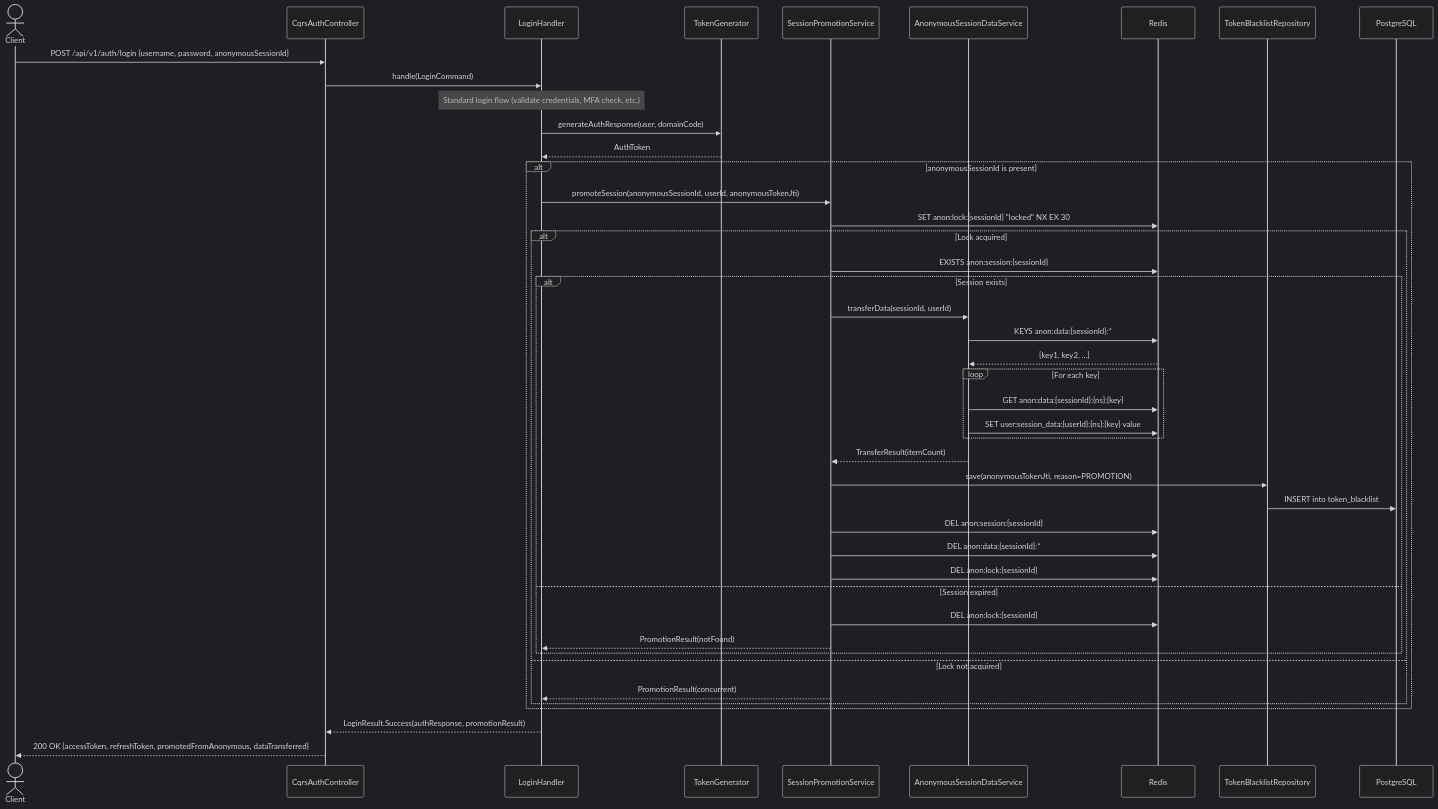
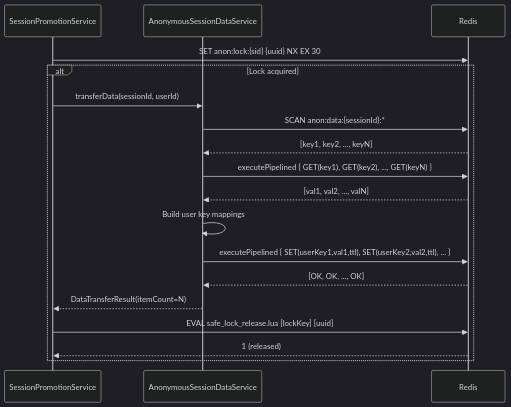
One commit to nguyentthai96/auth-service changed the sixth of 6 diagrams in openspec/research/anonymous-login-optimization/technical_spec.md. Above: the diagram before and after it, drawn with Mermaid (dark theme). The commit also changed other lines of this file and 320 other files, not shown here.

Commit message:
feat(auth-service): update cache and session features

````diff
--- a/openspec/research/anonymous-login-optimization/technical_spec.md
+++ b/openspec/research/anonymous-login-optimization/technical_spec.md
@@ -230,53 +175,27 @@
 ```mermaid
 sequenceDiagram
-    actor Client
-    participant Controller as CqrsAuthController
-    participant LoginHandler
-    participant TokenGen as TokenGenerator
     participant PromotionSvc as SessionPromotionService
     participant DataSvc as AnonymousSessionDataService
     participant Redis
-    participant BlacklistRepo as TokenBlacklistRepository
-    participant DB as PostgreSQL
-    
-    Client->>Controller: POST /api/v1/auth/login {username, password, anonymousSessionId}
-    Controller->>LoginHandler: handle(LoginCommand)
-    
-    Note over LoginHandler: Standard login flow (validate credentials, MFA check, etc.)
-    LoginHandler->>TokenGen: generateAuthResponse(user, domainCode)
-    TokenGen-->>LoginHandler: AuthToken
-    
-    alt anonymousSessionId is present
-        LoginHandler->>PromotionSvc: promoteSession(anonymousSessionId, userId, anonymousTokenJti)
+
+    PromotionSvc->>Redis: SET anon:lock:{sid} {uuid} NX EX 30
+    alt Lock acquired
+        PromotionSvc->>DataSvc: transferData(sessionId, userId)
         
-        PromotionSvc->>Redis: SET anon:lock:{sessionId} "locked" NX EX 30
-        alt Lock acquired
-            PromotionSvc->>Redis: EXISTS anon:session:{sessionId}
-            alt Session exists
-                PromotionSvc->>DataSvc: transferData(sessionId, userId)
-                DataSvc->>Redis: KEYS anon:data:{sessionId}:*
-                Redis-->>DataSvc: [key1, key2, ...]
-                loop For each key
-                    DataSvc->>Redis: GET anon:data:{sessionId}:{ns}:{key}
-                    DataSvc->>Redis: SET user:session_data:{userId}:{ns}:{key} value
-                end
-                DataSvc-->>PromotionSvc: TransferResult(itemCount)
-                
-                PromotionSvc->>BlacklistRepo: save(anonymousTokenJti, reason=PROMOTION)
-                BlacklistRepo->>DB: INSERT into token_blacklist
-                
-                PromotionSvc->>Redis: DEL anon:session:{sessionId}
-                PromotionSvc->>Redis: DEL anon:data:{sessionId}:*
-                PromotionSvc->>Redis: DEL anon:lock:{sessionId}
-            else Session expired
-                PromotionSvc->>Redis: DEL anon:lock:{sessionId}
-                PromotionSvc-->>LoginHandler: PromotionResult(notFound)
-            end
-        else Lock not acquired
-            PromotionSvc-->>LoginHandler: PromotionResult(concurrent)
-        end
+        DataSvc->>Redis: SCAN anon:data:{sessionId}:*
+        Redis-->>DataSvc: [key1, key2, ..., keyN]
+        
+        DataSvc->>Redis: executePipelined { GET(key1), GET(key2), ..., GET(keyN) }
+        Redis-->>DataSvc: [val1, val2, ..., valN]
+        
+        DataSvc->>DataSvc: Build user key mappings
+        
+        DataSvc->>Redis: executePipelined { SET(userKey1,val1,ttl), SET(userKey2,val2,ttl), ... }
+        Redis-->>DataSvc: [OK, OK, ..., OK]
+        
+        DataSvc-->>PromotionSvc: DataTransferResult(itemCount=N)
+        
+        PromotionSvc->>Redis: EVAL safe_lock_release.lua [lockKey] [uuid]
+        Redis-->>PromotionSvc: 1 (released)
     end
-    
-    LoginHandler-->>Controller: LoginResult.Success(authResponse, promotionResult)
-    Controller-->>Client: 200 OK {accessToken, refreshToken, promotedFromAnonymous, dataTransferred}
 ```
````
